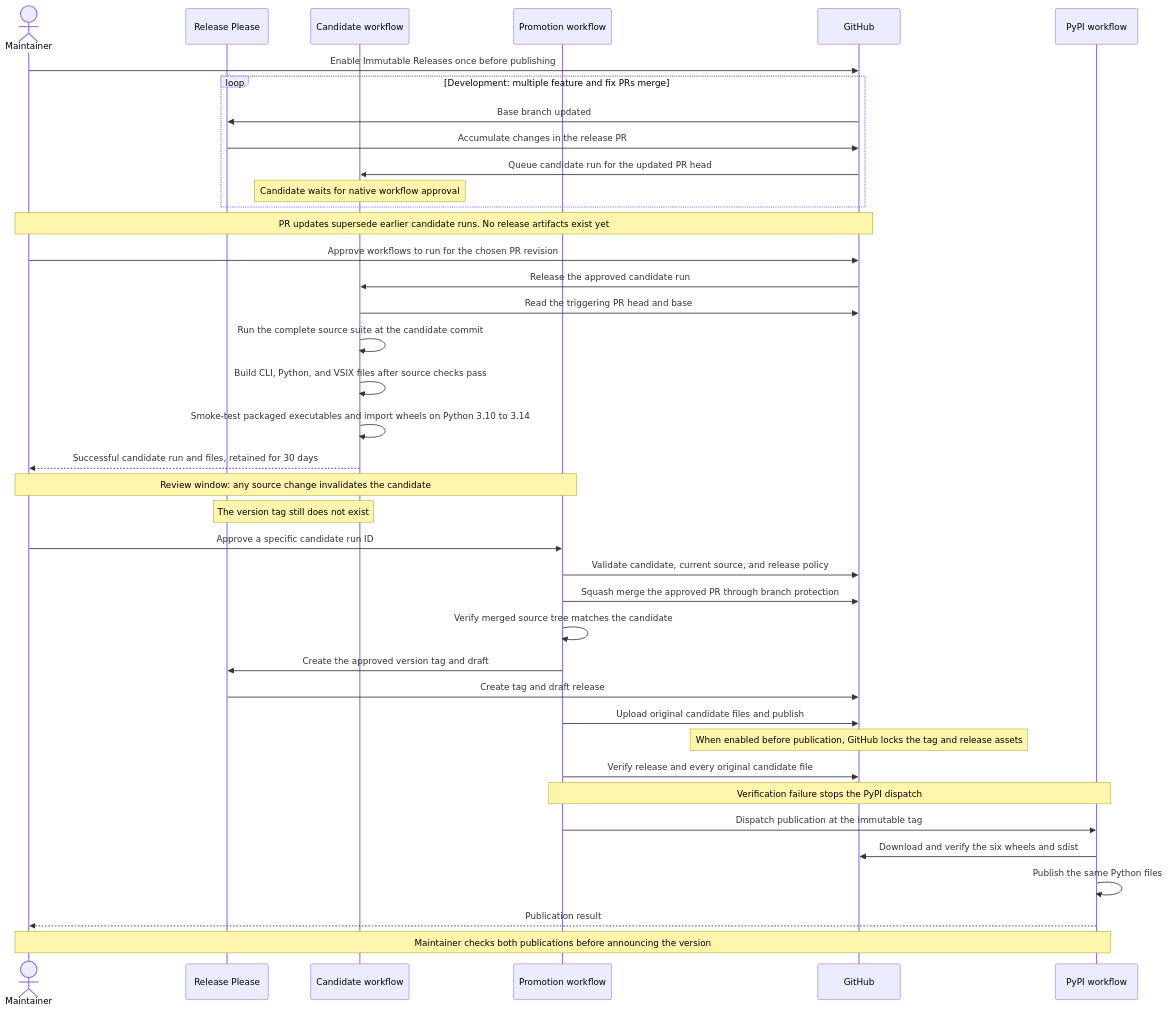
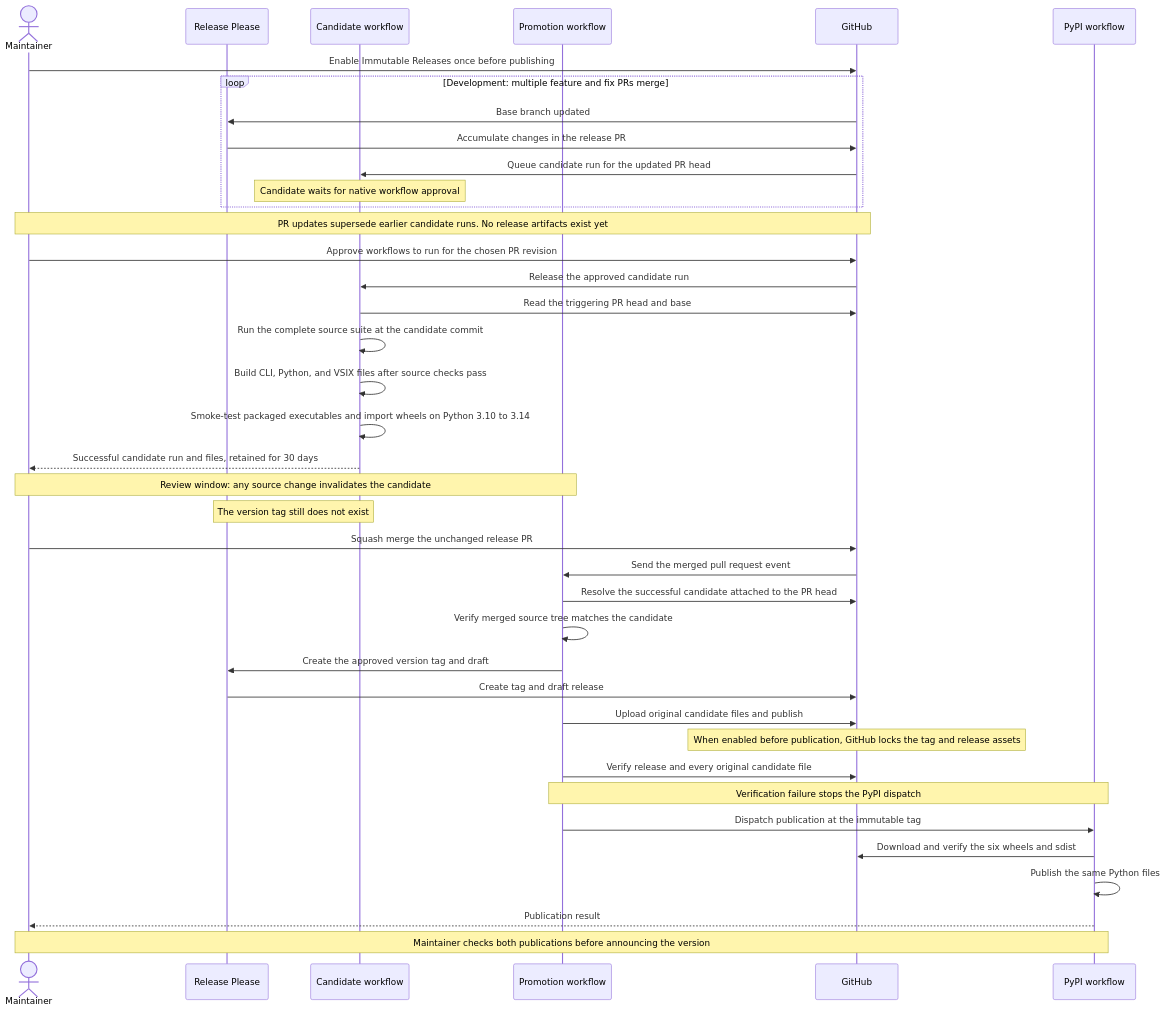
One commit to NatLabRockies/arco changed the first of 2 diagrams in RELEASE_POLICY.md. Above: the diagram before and after it, drawn with Mermaid. The commit also changed other lines of this file and 7 other files, not shown here.

First line of the commit message:
fix(release): publish approved candidate on merge (#426)

````diff
--- a/RELEASE_POLICY.md
+++ b/RELEASE_POLICY.md
@@ -40,45 +41,45 @@
 ```mermaid
 sequenceDiagram
     actor M as Maintainer
     participant RP as Release Please
     participant B as Candidate workflow
     participant P as Promotion workflow
     participant GH as GitHub
     participant PY as PyPI workflow
 
     M->>GH: Enable Immutable Releases once before publishing
     loop Development: multiple feature and fix PRs merge
         GH->>RP: Base branch updated
         RP->>GH: Accumulate changes in the release PR
         GH->>B: Queue candidate run for the updated PR head
         Note over B: Candidate waits for native workflow approval
     end
     Note over M,GH: PR updates supersede earlier candidate runs. No release artifacts exist yet
 
     M->>GH: Approve workflows to run for the chosen PR revision
     GH->>B: Release the approved candidate run
     B->>GH: Read the triggering PR head and base
     B->>B: Run the complete source suite at the candidate commit
     B->>B: Build CLI, Python, and VSIX files after source checks pass
     B->>B: Smoke-test packaged executables and import wheels on Python 3.10 to 3.14
     B-->>M: Successful candidate run and files, retained for 30 days
     Note over M,P: Review window: any source change invalidates the candidate
     Note over RP,B: The version tag still does not exist
 
-    M->>P: Approve a specific candidate run ID
-    P->>GH: Validate candidate, current source, and release policy
-    P->>GH: Squash merge the approved PR through branch protection
+    M->>GH: Squash merge the unchanged release PR
+    GH->>P: Send the merged pull request event
+    P->>GH: Resolve the successful candidate attached to the PR head
     P->>P: Verify merged source tree matches the candidate
     P->>RP: Create the approved version tag and draft
     RP->>GH: Create tag and draft release
     P->>GH: Upload original candidate files and publish
     Note over GH: When enabled before publication, GitHub locks the tag and release assets
     P->>GH: Verify release and every original candidate file
     Note over P,PY: Verification failure stops the PyPI dispatch
 
     P->>PY: Dispatch publication at the immutable tag
     PY->>GH: Download and verify the six wheels and sdist
     PY->>PY: Publish the same Python files
     PY-->>M: Publication result
     Note over M,PY: Maintainer checks both publications before announcing the version
 ```
````
